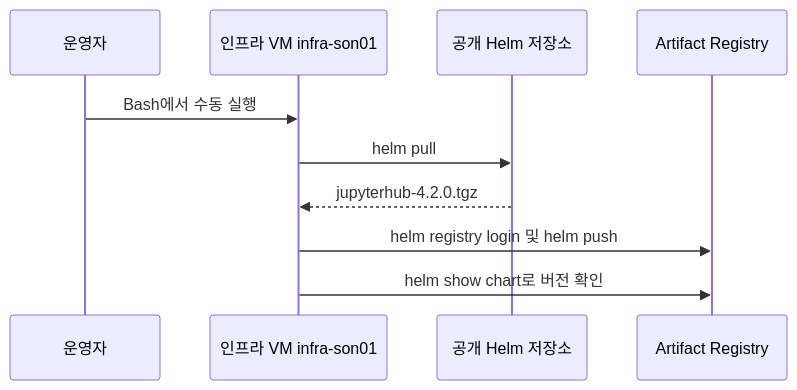
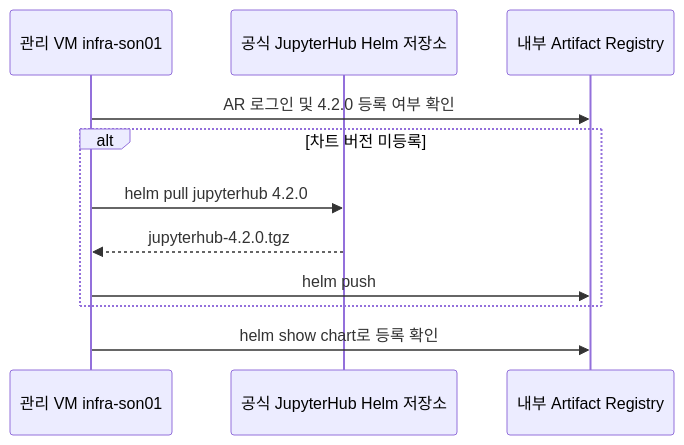
Before and after one commit to sonmap/https-github.com-sonmap-GCP_SBX_Test02: the diagram in 02.sandbox_setup_01_gcloud/04-manual-gcloud.md, drawn with Mermaid. The commit also changed other lines of this file and 5 other files, not shown here.

Commit message:
Document manual Helm chart import from the management VM

````diff
--- a/02.sandbox_setup_01_gcloud/04-manual-gcloud.md
+++ b/02.sandbox_setup_01_gcloud/04-manual-gcloud.md
@@ -88,12 +76,13 @@
 ```mermaid
 sequenceDiagram
-    participant O as 운영자
-    participant V as 인프라 VM infra-son01
-    participant H as 공개 Helm 저장소
-    participant A as Artifact Registry
-    O->>V: Bash에서 수동 실행
-    V->>H: helm pull
-    H-->>V: jupyterhub-4.2.0.tgz
-    V->>A: helm registry login 및 helm push
-    V->>A: helm show chart로 버전 확인
+    participant V as 관리 VM infra-son01
+    participant H as 공식 JupyterHub Helm 저장소
+    participant A as 내부 Artifact Registry
+    V->>A: AR 로그인 및 4.2.0 등록 여부 확인
+    alt 차트 버전 미등록
+        V->>H: helm pull jupyterhub 4.2.0
+        H-->>V: jupyterhub-4.2.0.tgz
+        V->>A: helm push
+    end
+    V->>A: helm show chart로 등록 확인
 ```
````
